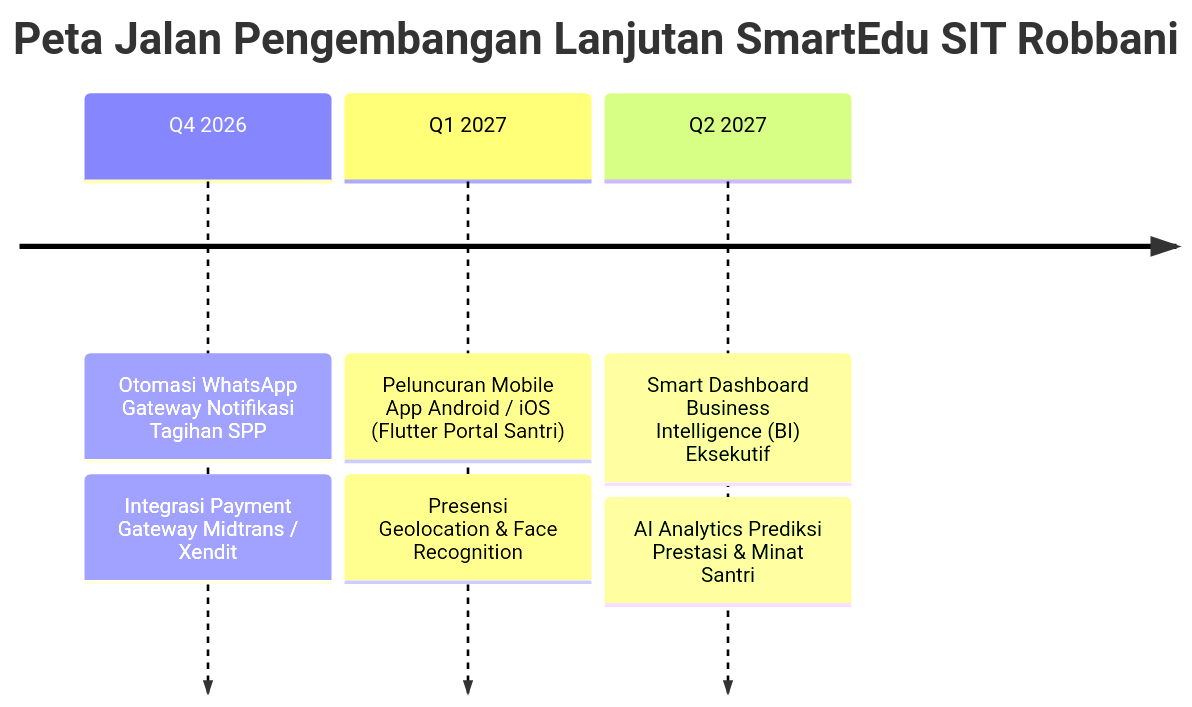
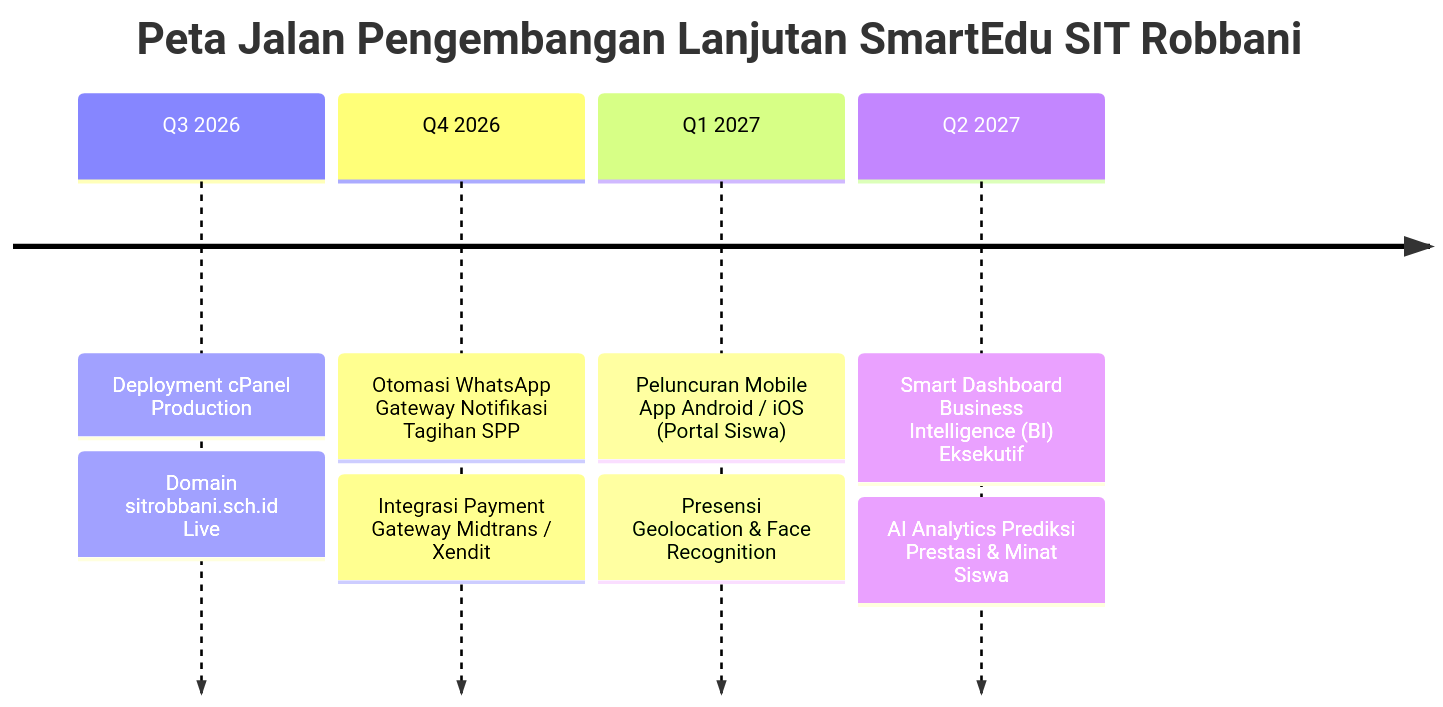
The diagram in ai-context/ROADMAP.md (septaryanhidayat/bigdata), drawn with Mermaid before and after one commit. The commit also changed other lines of this file and 19 other files, not shown here.

````diff
--- a/ai-context/ROADMAP.md
+++ b/ai-context/ROADMAP.md
@@ -49,7 +59,8 @@
 ```mermaid
 timeline
     title Peta Jalan Pengembangan Lanjutan SmartEdu SIT Robbani
+    Q3 2026 : Deployment cPanel Production : Domain sitrobbani.sch.id Live
     Q4 2026 : Otomasi WhatsApp Gateway Notifikasi Tagihan SPP : Integrasi Payment Gateway Midtrans / Xendit
-    Q1 2027 : Peluncuran Mobile App Android / iOS (Flutter Portal Santri) : Presensi Geolocation & Face Recognition
-    Q2 2027 : Smart Dashboard Business Intelligence (BI) Eksekutif : AI Analytics Prediksi Prestasi & Minat Santri
+    Q1 2027 : Peluncuran Mobile App Android / iOS (Portal Siswa) : Presensi Geolocation & Face Recognition
+    Q2 2027 : Smart Dashboard Business Intelligence (BI) Eksekutif : AI Analytics Prediksi Prestasi & Minat Siswa
 ```
````
